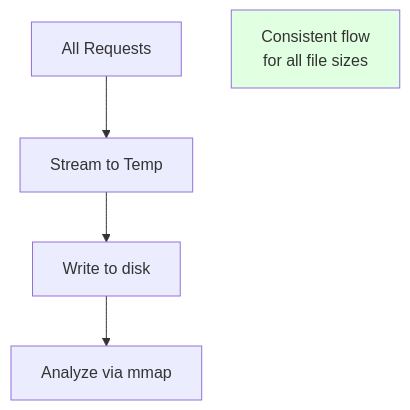
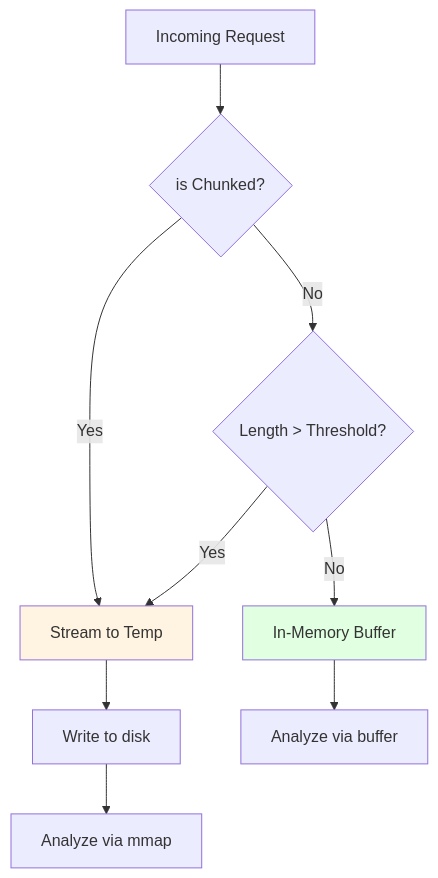
Before and after one commit to photom/magicer: diagram 17 of 49 in docs/explanation/ARCHITECTURE.md, drawn with Mermaid. The commit also changed other lines of this file and 7 other files, not shown here.

````diff
--- a/docs/explanation/ARCHITECTURE.md
+++ b/docs/explanation/ARCHITECTURE.md
@@ -1046,10 +997,15 @@
 ```mermaid
 graph TB
-    Request[All Requests] --> Stream[Stream to Temp]
+    Request[Incoming Request] --> Chunked{is Chunked?}
+    Chunked -->|Yes| Stream[Stream to Temp]
+    Chunked -->|No| LengthCheck{Length > Threshold?}
+    LengthCheck -->|Yes| Stream
+    LengthCheck -->|No| Memory[In-Memory Buffer]
+    
     Stream --> Write[Write to disk]
-    Write --> Analyze[Analyze via mmap]
+    Write --> AnalyzeStream[Analyze via mmap]
+    Memory --> AnalyzeMem[Analyze via buffer]
     
-    Note1[Consistent flow<br/>for all file sizes]
-    
-    style Note1 fill:#e1ffe1
+    style Stream fill:#fff4e1
+    style Memory fill:#e1ffe1
 ```
````
